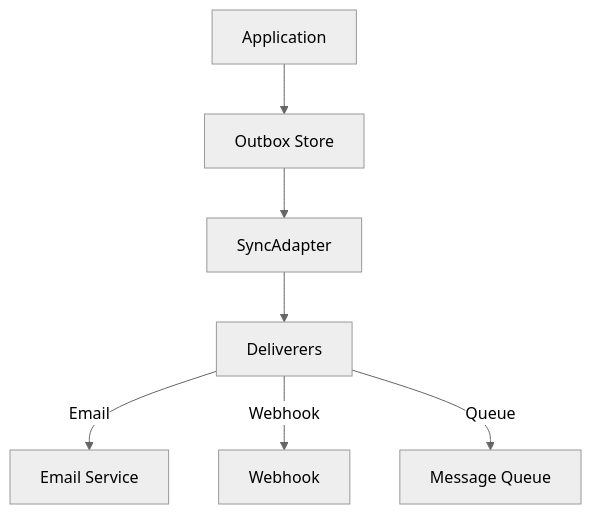
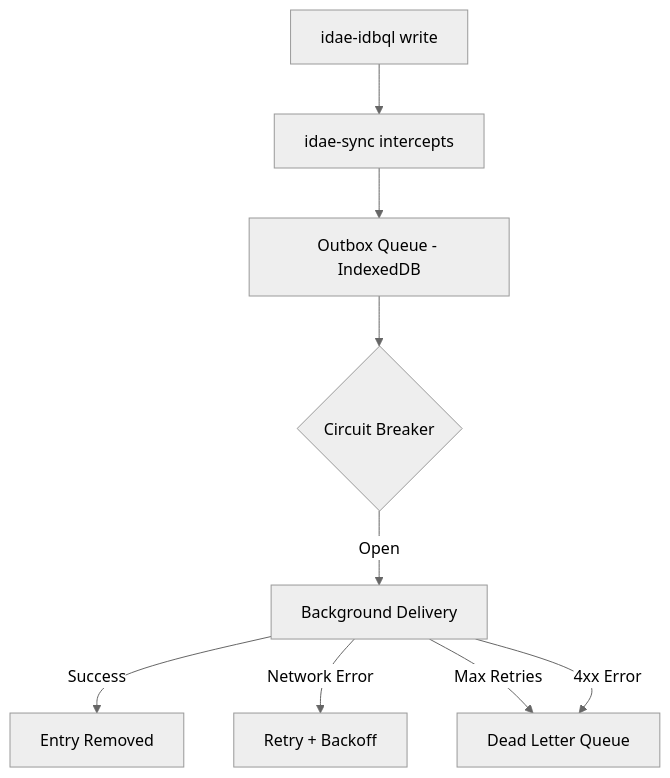
One commit to medyll/idae changed the diagram in packages/idae-sync/README.md. Above: the diagram before and after it, drawn with Mermaid (neutral theme). The commit also changed other lines of this file and 17 other files, not shown here.

First line of the commit message:
feat: update package names and improve documentation for idae-slotui, idae-socket, idae-stator, and idae-sync

````diff
--- a/packages/idae-sync/README.md
+++ b/packages/idae-sync/README.md
@@ -7,9 +64,11 @@
 ```mermaid
 graph TD
-    A[Application] --> B[Outbox Store]
-    B --> C[SyncAdapter]
-    C --> D[Deliverers]
-    D -->|Email| E[Email Service]
-    D -->|Webhook| F[Webhook]
-    D -->|Queue| G[Message Queue]
+    A[idae-idbql write] --> B[idae-sync intercepts]
+    B --> C[Outbox Queue - IndexedDB]
+    C --> D{Circuit Breaker}
+    D -->|Open| E[Background Delivery]
+    E -->|Success| F[Entry Removed]
+    E -->|Network Error| G[Retry + Backoff]
+    E -->|Max Retries| H[Dead Letter Queue]
+    E -->|4xx Error| H
 ```
````
